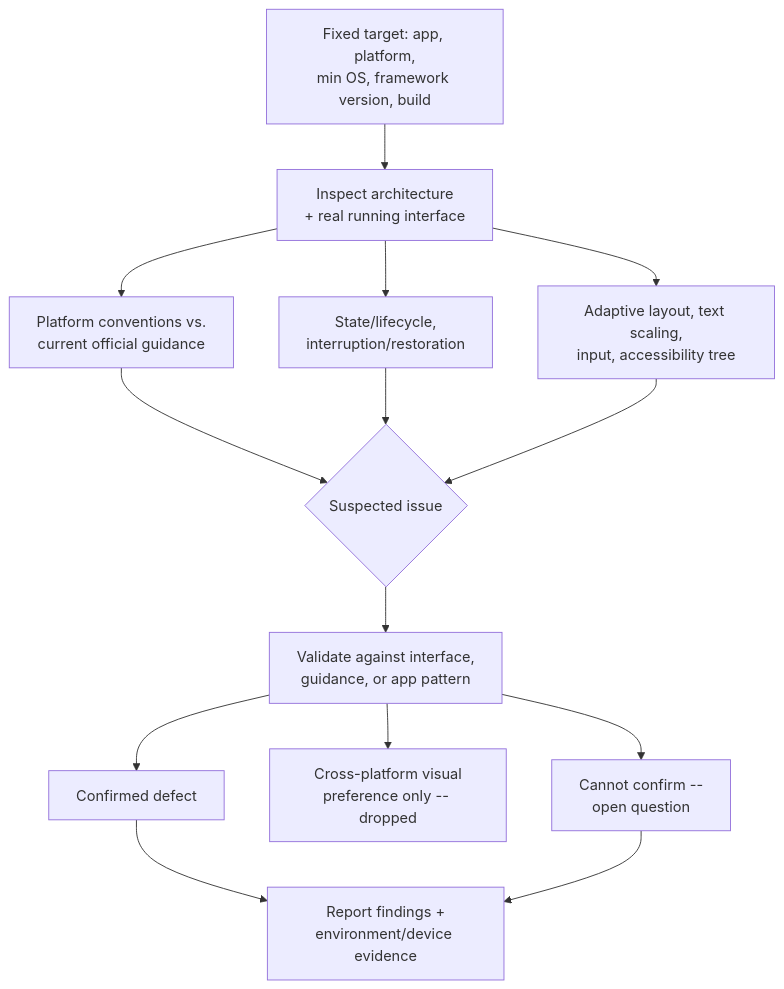
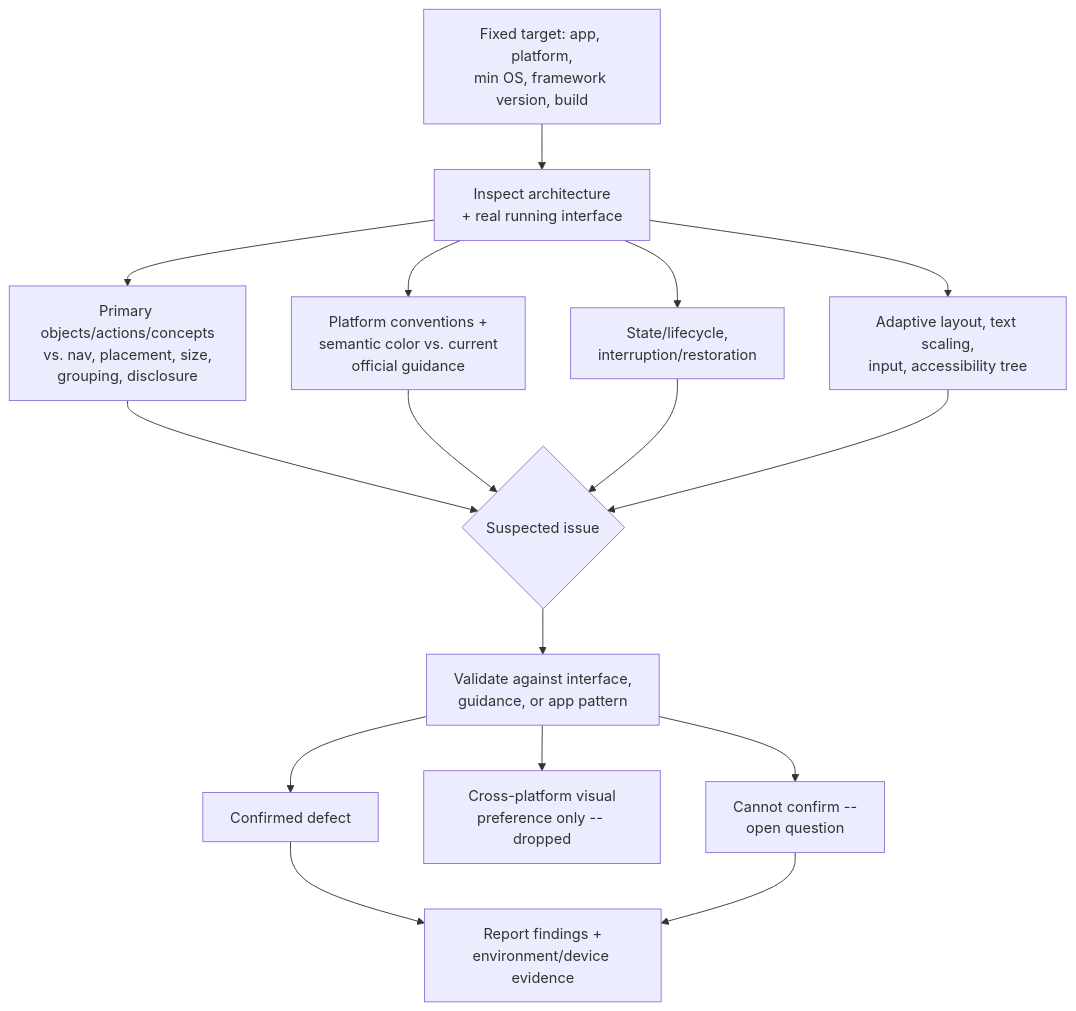
Before and after one commit to onehorizonai/directory: the diagram in skills/review-native-ui/SKILL.md, drawn with Mermaid. The commit also changed other lines of this file and 1 other file, not shown here.

Commit message:
add interface-model and semantic-color review checks (tsklj2cSrcll_2c)

````diff
--- a/skills/review-native-ui/SKILL.md
+++ b/skills/review-native-ui/SKILL.md
@@ -163,16 +184,18 @@
 ```mermaid
 flowchart TD
   Start[Fixed target: app, platform,<br/>min OS, framework version, build] --> Inspect[Inspect architecture<br/>+ real running interface]
-  Inspect --> Conventions[Platform conventions vs.<br/>current official guidance]
+  Inspect --> Priority[Primary objects/actions/concepts<br/>vs. nav, placement, size,<br/>grouping, disclosure]
+  Inspect --> Conventions[Platform conventions +<br/>semantic color vs. current<br/>official guidance]
   Inspect --> State[State/lifecycle,<br/>interruption/restoration]
   Inspect --> Access[Adaptive layout, text scaling,<br/>input, accessibility tree]
-  Conventions --> Suspect{Suspected issue}
+  Priority --> Suspect{Suspected issue}
+  Conventions --> Suspect
   State --> Suspect
   Access --> Suspect
   Suspect --> Validate[Validate against interface,<br/>guidance, or app pattern]
   Validate --> Defect[Confirmed defect]
   Validate --> Preference[Cross-platform visual<br/>preference only -- dropped]
   Validate --> Question[Cannot confirm --<br/>open question]
   Defect --> Report[Report findings +<br/>environment/device evidence]
   Question --> Report
 ```
````
